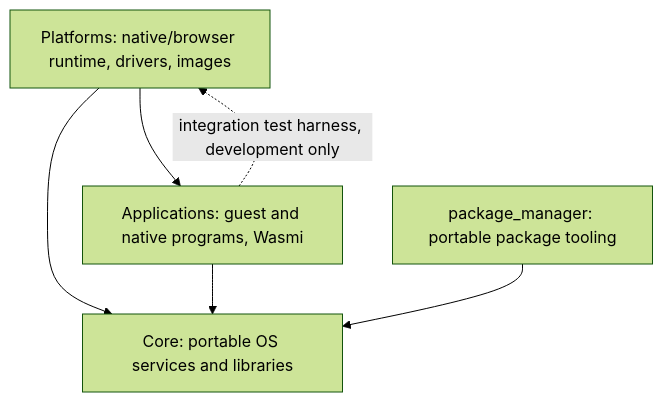
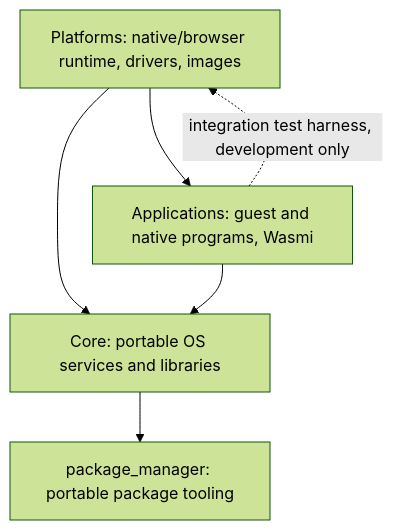
One commit to Xila-Project/Website changed the diagram in src/explanation/architecture/index.md. Above: the diagram before and after it, drawn with Mermaid (forest theme).

Commit message:
docs: correct repository ownership and Platforms deployment links

````diff
--- a/src/explanation/architecture/index.md
+++ b/src/explanation/architecture/index.md
@@ -13,8 +13,8 @@
 ```mermaid
 flowchart TD
     P[Platforms: native/browser runtime, drivers, images] --> C[Core: portable OS services and libraries]
     P --> A[Applications: guest and native programs, Wasmi]
     A --> C
     A -.->|integration test harness, development only| P
-    R[package_manager: portable package tooling] --> C
+    C --> R[package_manager: portable package tooling]
 ```
````
